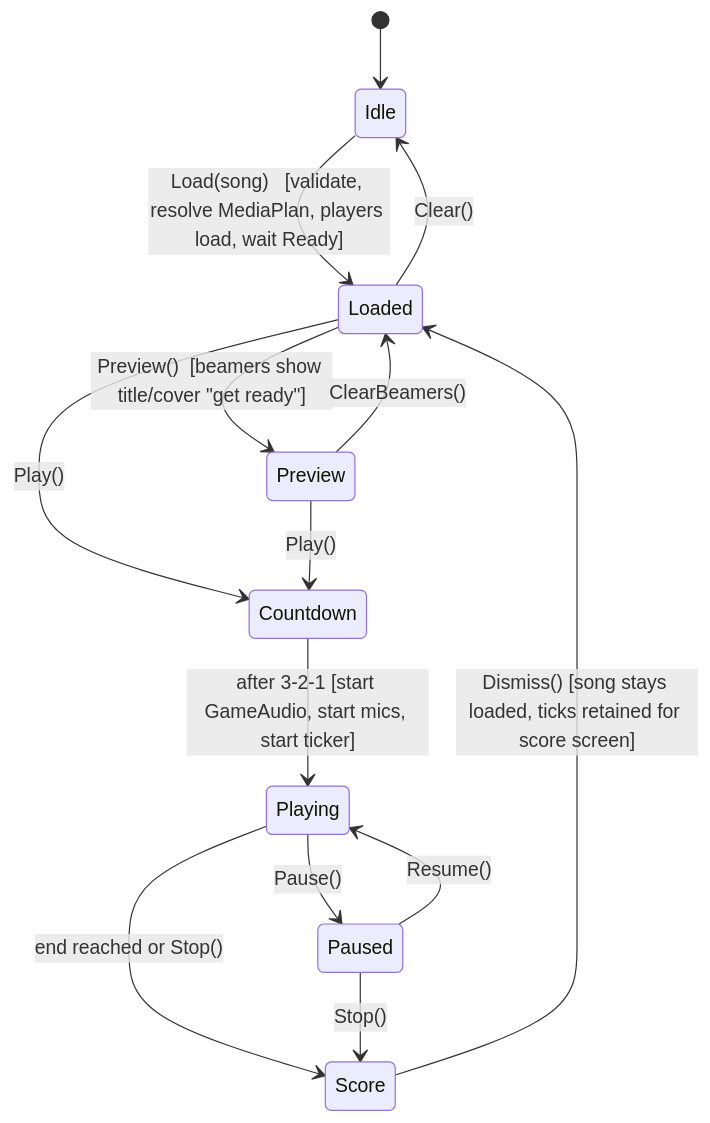
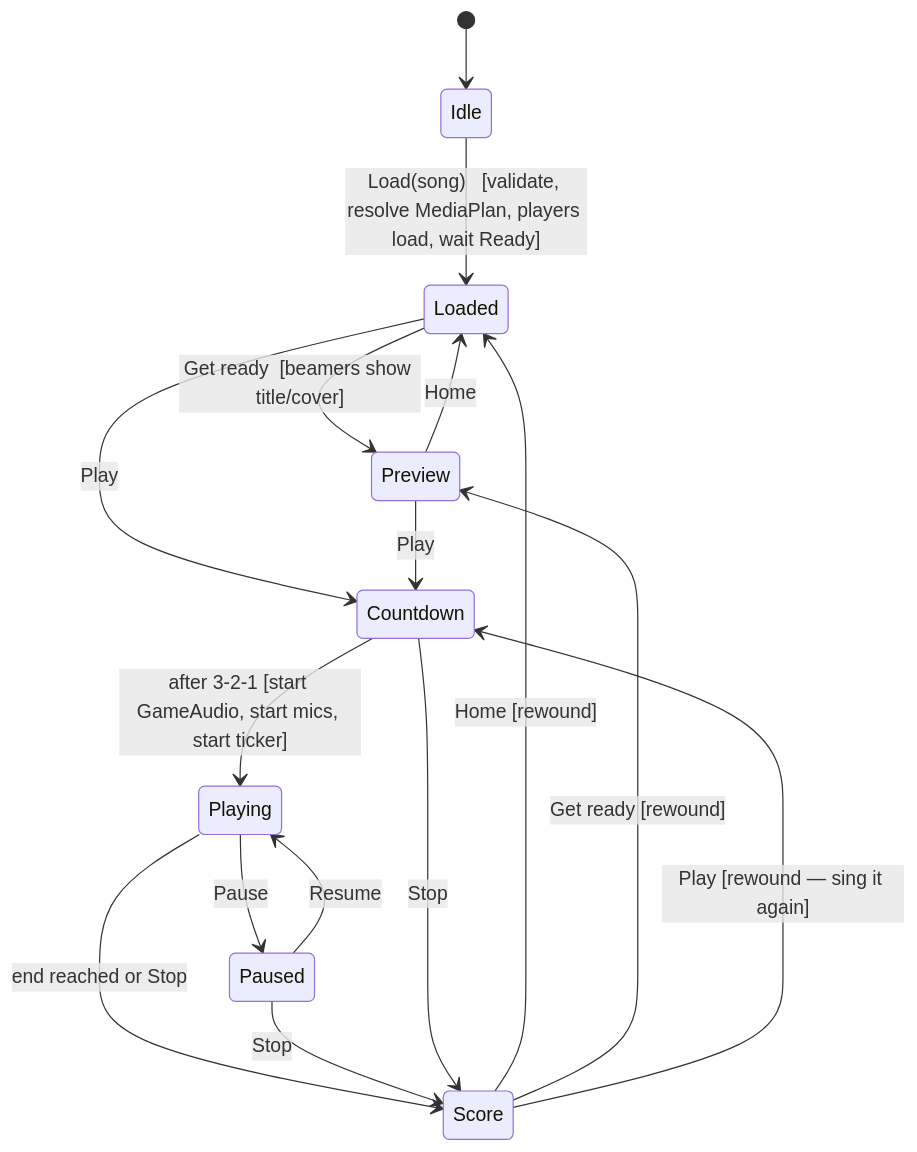
Before and after one commit to retotito/Ultrastar-DJ: the diagram in docs/03-game-engine.md, drawn with Mermaid. The commit also changed other lines of this file and 28 other files, not shown here.

````diff
--- a/docs/03-game-engine.md
+++ b/docs/03-game-engine.md
@@ -33,16 +33,18 @@
 ```mermaid
 stateDiagram-v2
   [*] --> Idle
   Idle --> Loaded: Load(song)   [validate, resolve MediaPlan, players load, wait Ready]
-  Loaded --> Preview: Preview()  [beamers show title/cover "get ready"]
-  Preview --> Loaded: ClearBeamers()
-  Loaded --> Countdown: Play()
-  Preview --> Countdown: Play()
+  Loaded --> Preview: Get ready  [beamers show title/cover]
+  Preview --> Loaded: Home
+  Loaded --> Countdown: Play
+  Preview --> Countdown: Play
   Countdown --> Playing: after 3-2-1 [start GameAudio, start mics, start ticker]
-  Playing --> Paused: Pause()
-  Paused --> Playing: Resume()
-  Playing --> Score: end reached or Stop()
-  Paused --> Score: Stop()
-  Score --> Loaded: Dismiss() [song stays loaded, ticks retained for score screen]
-  Loaded --> Idle: Clear()
+  Playing --> Paused: Pause
+  Paused --> Playing: Resume
+  Playing --> Score: end reached or Stop
+  Paused --> Score: Stop
+  Countdown --> Score: Stop
+  Score --> Loaded: Home [rewound]
+  Score --> Preview: Get ready [rewound]
+  Score --> Countdown: Play [rewound — sing it again]
 ```
````
